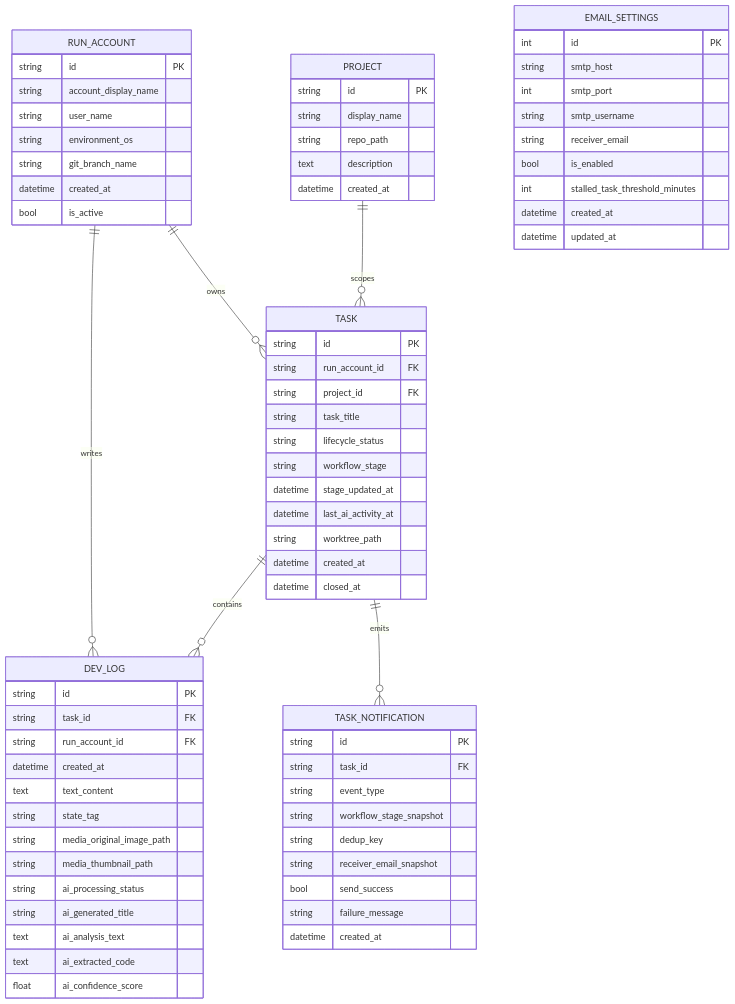
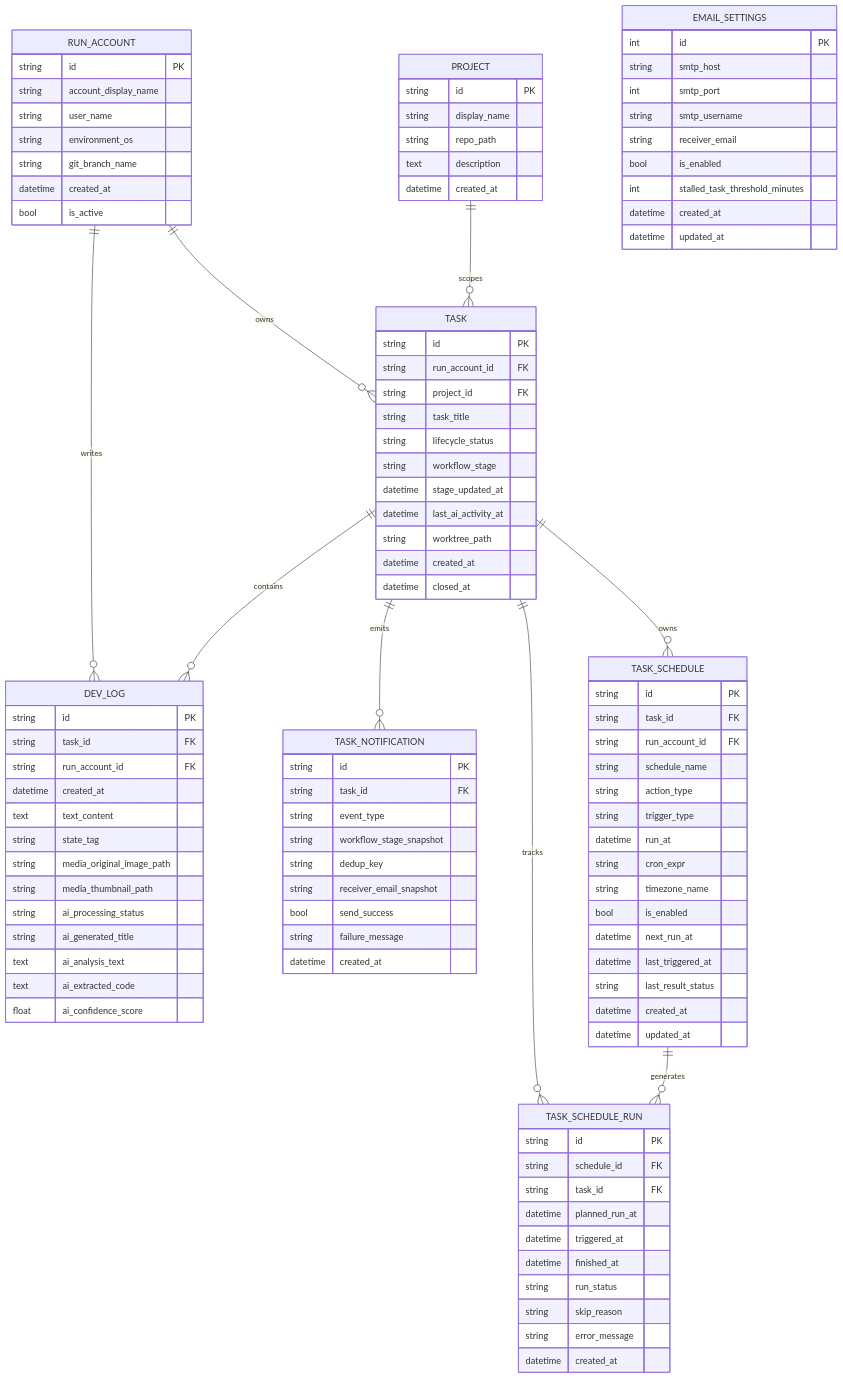
Before and after one commit to zata-zhangtao/koda: the diagram in docs/database/schema.md, drawn with Mermaid. The commit also changed other lines of this file and 25 other files, not shown here.

First line of the commit message:
feat(task-scheduling): add task scheduling system with cron and once triggers

````diff
--- a/docs/database/schema.md
+++ b/docs/database/schema.md
@@ -26,6 +28,9 @@
     PROJECT ||--o{ TASK : scopes
     TASK ||--o{ DEV_LOG : contains
     TASK ||--o{ TASK_NOTIFICATION : emits
+    TASK ||--o{ TASK_SCHEDULE : owns
+    TASK ||--o{ TASK_SCHEDULE_RUN : tracks
+    TASK_SCHEDULE ||--o{ TASK_SCHEDULE_RUN : generates
 
     RUN_ACCOUNT {
         string id PK
@@ -98,4 +103,35 @@
         string failure_message
         datetime created_at
     }
+
+    TASK_SCHEDULE {
+        string id PK
+        string task_id FK
+        string run_account_id FK
+        string schedule_name
+        string action_type
+        string trigger_type
+        datetime run_at
+        string cron_expr
+        string timezone_name
+        bool is_enabled
+        datetime next_run_at
+        datetime last_triggered_at
+        string last_result_status
+        datetime created_at
+        datetime updated_at
+    }
+
+    TASK_SCHEDULE_RUN {
+        string id PK
+        string schedule_id FK
+        string task_id FK
+        datetime planned_run_at
+        datetime triggered_at
+        datetime finished_at
+        string run_status
+        string skip_reason
+        string error_message
+        datetime created_at
+    }
 ```
````
